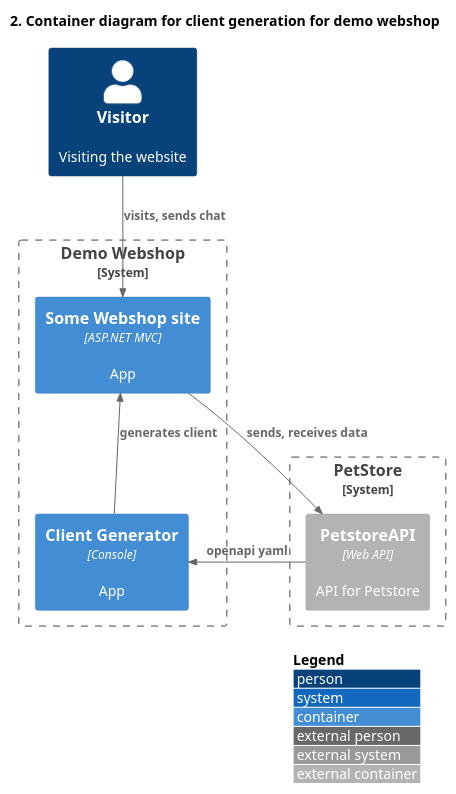
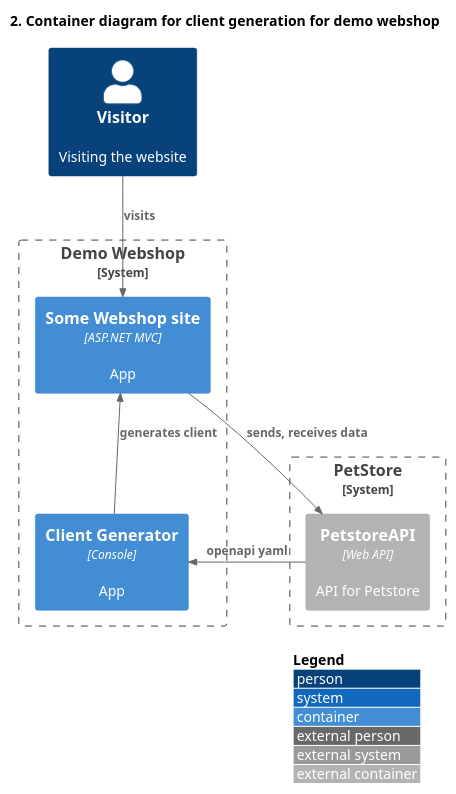
The diagram in .documentation/C2-Container.puml (HelmerDenDekker/helmer.helper.clientgenerator), drawn with PlantUML before and after one commit.

```diff
--- a/.documentation/C2-Container.puml
+++ b/.documentation/C2-Container.puml
@@ -1,24 +1,24 @@
 @startuml Container
 !include https://raw.githubusercontent.com/plantuml-stdlib/C4-PlantUML/master/C4_Container.puml
 LAYOUT_WITH_LEGEND()
 
 title 2. Container diagram for client generation for demo webshop
 
 Person(visitor, "Visitor", "Visiting the website")
 
 
 System_Boundary(webshopsys, "Demo Webshop"){
     Container(webshop, "Some Webshop site", "ASP.NET MVC", "App")
     Container(helper, "Client Generator", "Console", "App")
 }
 
 System_Boundary(conv, "PetStore", ""){
     Container_Ext(petapi, "PetstoreAPI", "Web API", "API for Petstore")
 }
 
-Rel(visitor, webshop, "visits, sends chat")
+Rel(visitor, webshop, "visits")
 Rel(webshop, petapi, "sends, receives data")
 Rel_U(helper, webshop, "generates client")
 Rel_L(petapi, helper, "openapi yaml")
 
 @enduml
```
